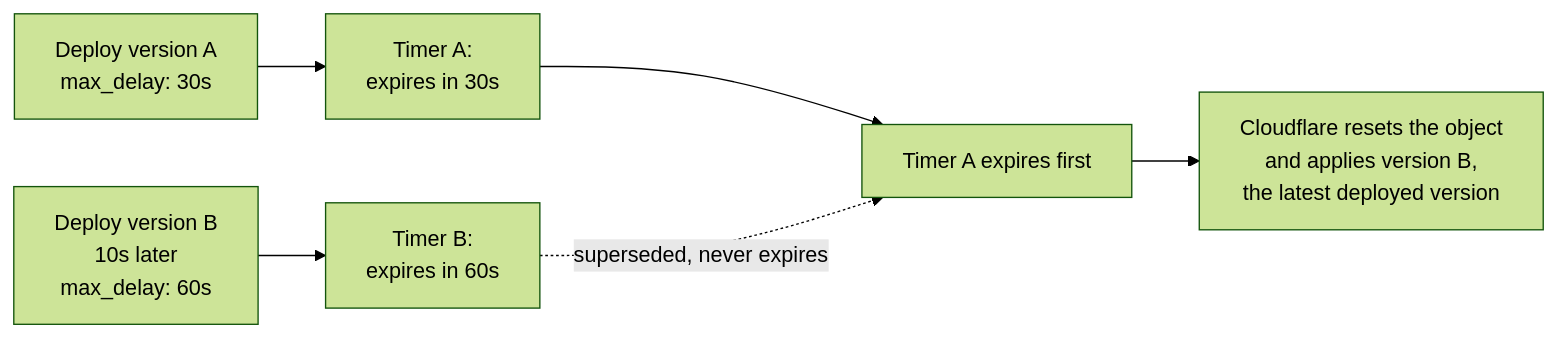
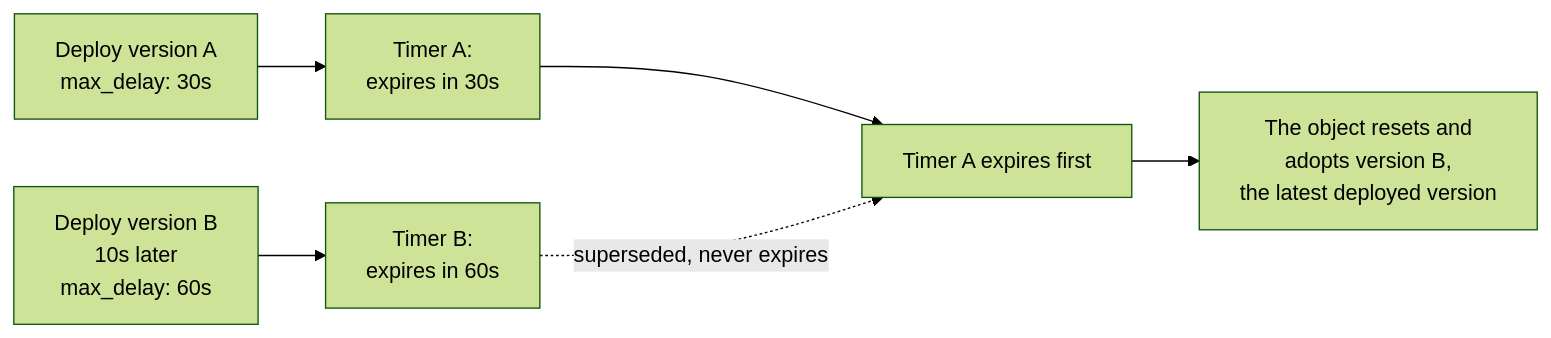
Before and after one commit to cloudflare/cloudflare-docs: the second of 2 diagrams in src/content/docs/durable-objects/deployments/durable-objects-code-updates.mdx, drawn with Mermaid (forest theme). The commit also changed other lines of this file and 5 other files, not shown here.

````diff
--- a/src/content/docs/durable-objects/deployments/durable-objects-code-updates.mdx
+++ b/src/content/docs/durable-objects/deployments/durable-objects-code-updates.mdx
@@ -56,8 +56,8 @@
 ```mermaid
 flowchart LR
     A["Deploy version A<br/>max_delay: 30s"] --> B["Timer A:<br/>expires in 30s"]
     C["Deploy version B<br/>10s later<br/>max_delay: 60s"] --> D["Timer B:<br/>expires in 60s"]
     B --> E["Timer A expires first"]
     D -.->|"superseded, never expires"| E
-    E --> F["Cloudflare resets the object<br/>and applies version B,<br/>the latest deployed version"]
+    E --> F["The object resets and<br/>adopts version B,<br/>the latest deployed version"]
 ```
````
